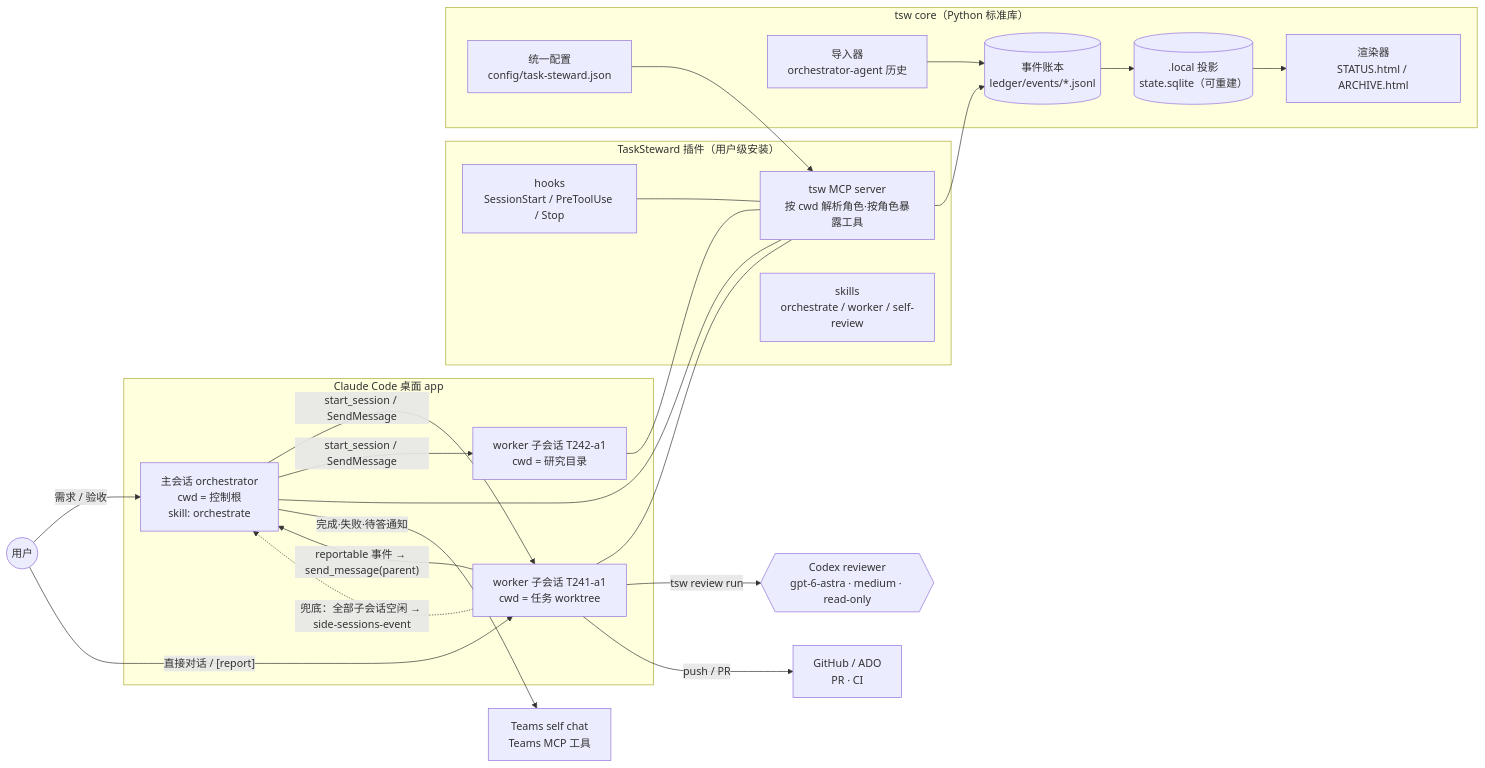
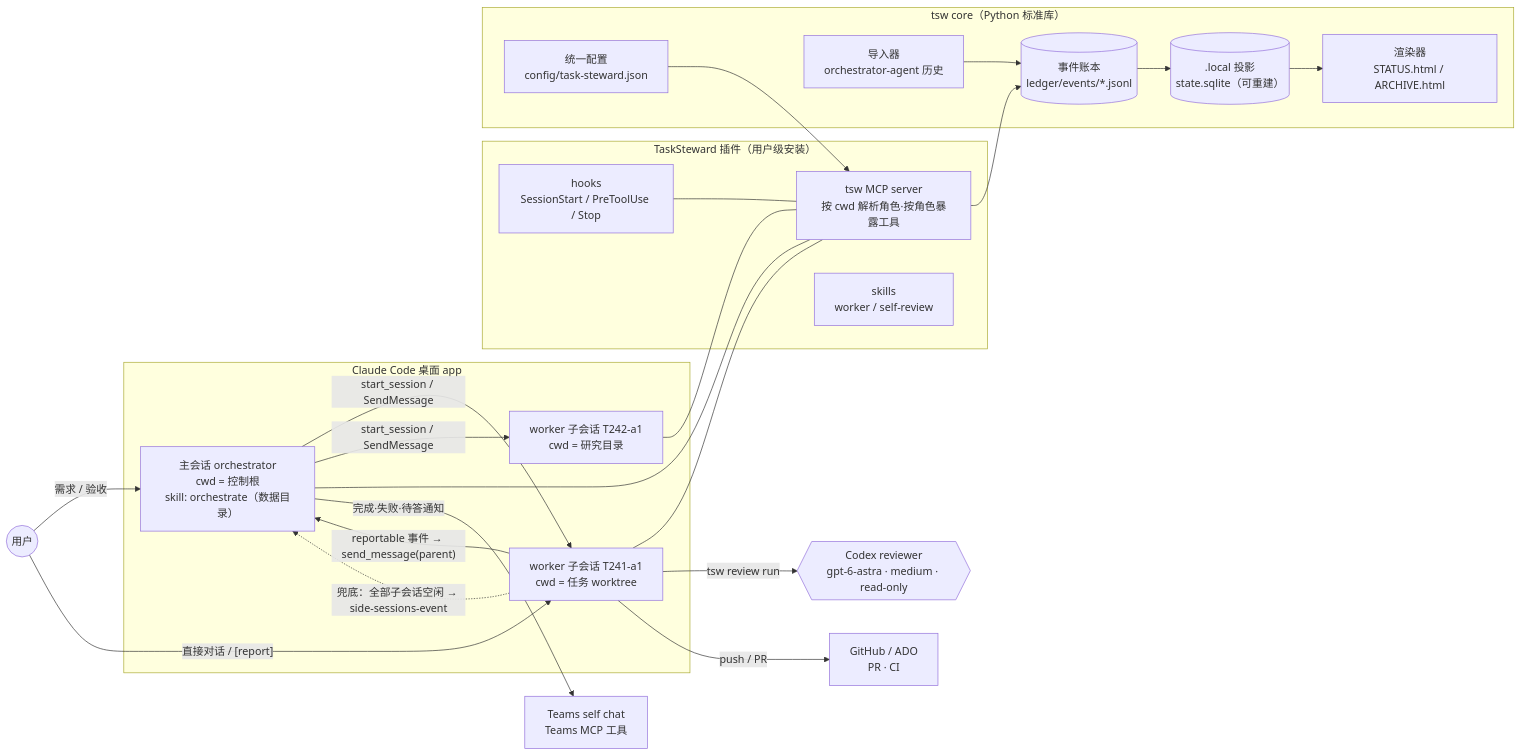
One commit to flyrobin620/task-steward changed the diagram in docs/design/diagrams/architecture.mmd. Above: the diagram before and after it, drawn with Mermaid. The commit also changed 13 other files, not shown here.

First line of the commit message:
host: render the orchestrate skill into the data directory

```diff
--- a/docs/design/diagrams/architecture.mmd
+++ b/docs/design/diagrams/architecture.mmd
@@ -1,45 +1,45 @@
 flowchart LR
     U((用户))
 
     subgraph APP["Claude Code 桌面 app"]
-        O["主会话 orchestrator<br/>cwd = 控制根<br/>skill: orchestrate"]
+        O["主会话 orchestrator<br/>cwd = 控制根<br/>skill: orchestrate（数据目录）"]
         W1["worker 子会话 T241-a1<br/>cwd = 任务 worktree"]
         W2["worker 子会话 T242-a1<br/>cwd = 研究目录"]
     end
 
     subgraph PLUGIN["TaskSteward 插件（用户级安装）"]
         MCP["tsw MCP server<br/>按 cwd 解析角色·按角色暴露工具"]
         HOOKS["hooks<br/>SessionStart / PreToolUse / Stop"]
-        SK["skills<br/>orchestrate / worker / self-review"]
+        SK["skills<br/>worker / self-review"]
     end
 
     subgraph CORE["tsw core（Python 标准库）"]
         L[("事件账本<br/>ledger/events/*.jsonl")]
         PJ[(".local 投影<br/>state.sqlite（可重建）")]
         CFG["统一配置<br/>config/task-steward.json"]
         RD["渲染器<br/>STATUS.html / ARCHIVE.html"]
         IMP["导入器<br/>orchestrator-agent 历史"]
     end
 
     CX{{"Codex reviewer<br/>gpt-6-astra · medium · read-only"}}
     GH["GitHub / ADO<br/>PR · CI"]
     TM["Teams self chat<br/>Teams MCP 工具"]
 
     U -- 需求 / 验收 --> O
     U -- 直接对话 / [report] --> W1
     O -- start_session / SendMessage --> W1
     O -- start_session / SendMessage --> W2
     W1 -- reportable 事件 → send_message(parent) --> O
     W1 -. 兜底：全部子会话空闲 → side-sessions-event .-> O
     O --- MCP
     W1 --- MCP
     W2 --- MCP
     HOOKS --- MCP
     MCP --> L
     L --> PJ
     PJ --> RD
     CFG --> MCP
     IMP --> L
     W1 -- tsw review run --> CX
     W1 -- push / PR --> GH
     O -- 完成·失败·待答通知 --> TM
```
